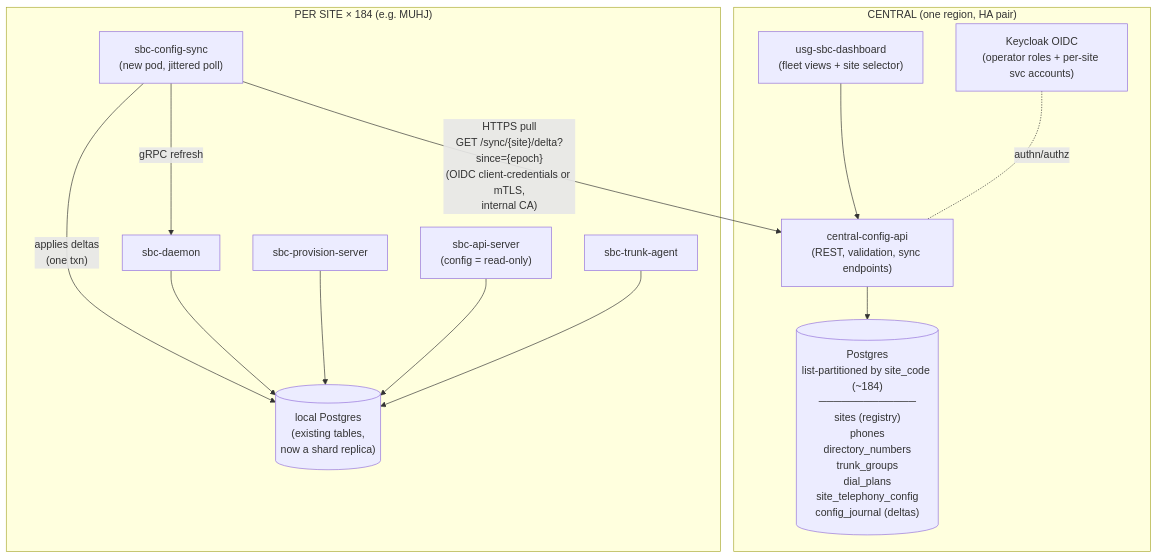
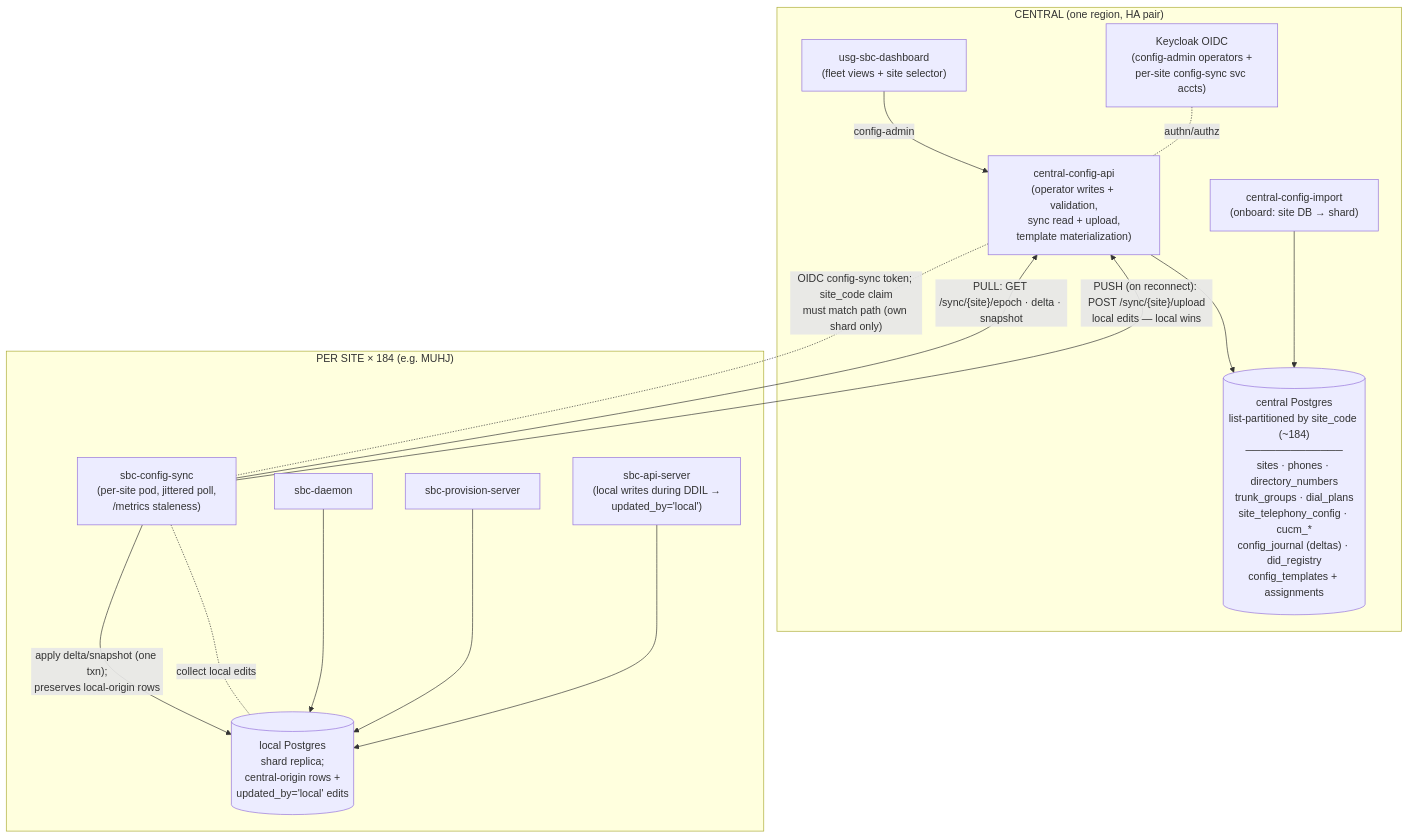
The first of 2 diagrams in docs/CENTRAL-CONFIG-PLAN.md (192d-Wing/usg-uc), drawn with Mermaid before and after one commit. The commit also changed other lines of this file and 8 other files, not shown here.

First line of the commit message:
feat(central-config): DDIL autonomy — sites edit locally, sync up on reconnect

````diff
--- a/docs/CENTRAL-CONFIG-PLAN.md
+++ b/docs/CENTRAL-CONFIG-PLAN.md
@@ -40,29 +40,31 @@
 ```mermaid
 flowchart TB
     subgraph central["CENTRAL (one region, HA pair)"]
         dashboard["usg-sbc-dashboard<br/>(fleet views + site selector)"]
-        api["central-config-api<br/>(REST, validation, sync endpoints)"]
-        kc["Keycloak OIDC<br/>(operator roles + per-site svc accounts)"]
-        pg[("Postgres<br/>list-partitioned by site_code (~184)<br/>─────────────<br/>sites (registry)<br/>phones<br/>directory_numbers<br/>trunk_groups<br/>dial_plans<br/>site_telephony_config<br/>config_journal (deltas)")]
-        dashboard --> api
+        api["central-config-api<br/>(operator writes + validation,<br/>sync read + upload,<br/>template materialization)"]
+        kc["Keycloak OIDC<br/>(config-admin operators +<br/>per-site config-sync svc accts)"]
+        pg[("central Postgres<br/>list-partitioned by site_code (~184)<br/>─────────────<br/>sites · phones · directory_numbers<br/>trunk_groups · dial_plans<br/>site_telephony_config · cucm_*<br/>config_journal (deltas) · did_registry<br/>config_templates + assignments")]
+        importer["central-config-import<br/>(onboard: site DB → shard)"]
+        dashboard -- "config-admin" --> api
         kc -. "authn/authz" .- api
         api --> pg
+        importer --> pg
     end
 
     subgraph site["PER SITE × 184 (e.g. MUHJ)"]
-        sync["sbc-config-sync<br/>(new pod, jittered poll)"]
-        localpg[("local Postgres<br/>(existing tables,<br/>now a shard replica)")]
+        sync["sbc-config-sync<br/>(per-site pod, jittered poll,<br/>/metrics staleness)"]
+        localpg[("local Postgres<br/>shard replica;<br/>central-origin rows +<br/>updated_by='local' edits")]
         daemon["sbc-daemon"]
         prov["sbc-provision-server"]
-        siteapi["sbc-api-server<br/>(config = read-only)"]
-        trunkagent["sbc-trunk-agent"]
-        sync -- "applies deltas<br/>(one txn)" --> localpg
-        sync -- "gRPC refresh" --> daemon
+        siteapi["sbc-api-server<br/>(local writes during DDIL →<br/>updated_by='local')"]
+        sync -- "apply delta/snapshot (one txn);<br/>preserves local-origin rows" --> localpg
+        sync -. "collect local edits" .- localpg
         daemon --> localpg
         prov --> localpg
         siteapi --> localpg
-        trunkagent --> localpg
     end
 
-    sync -- "HTTPS pull<br/>GET /sync/{site}/delta?since={epoch}<br/>(OIDC client-credentials or mTLS,<br/>internal CA)" --> api
+    sync -- "PULL: GET /sync/{site}/epoch · delta · snapshot" --> api
+    sync -- "PUSH (on reconnect): POST /sync/{site}/upload<br/>local edits — local wins" --> api
+    api -. "OIDC config-sync token; site_code claim<br/>must match path (own shard only)" .- sync
 ```
````
